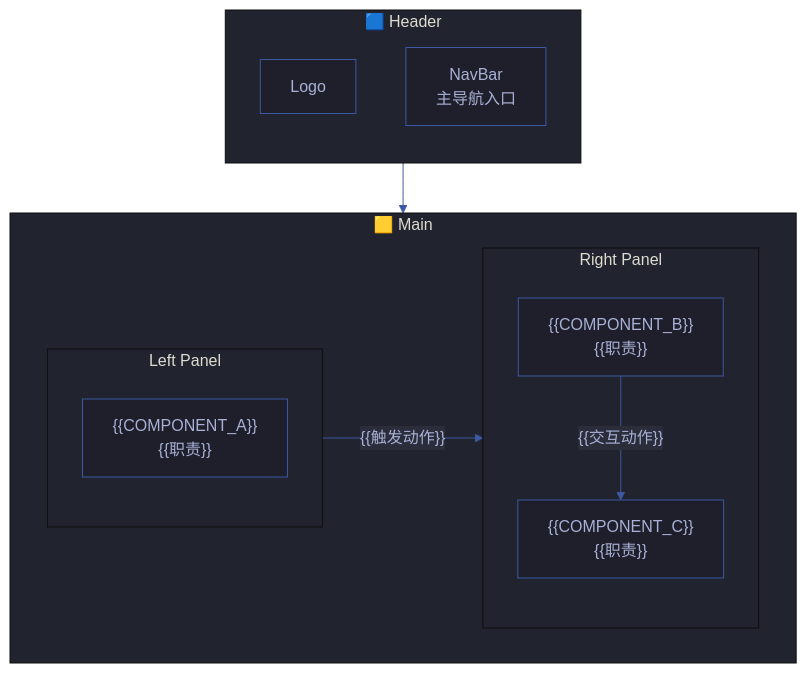
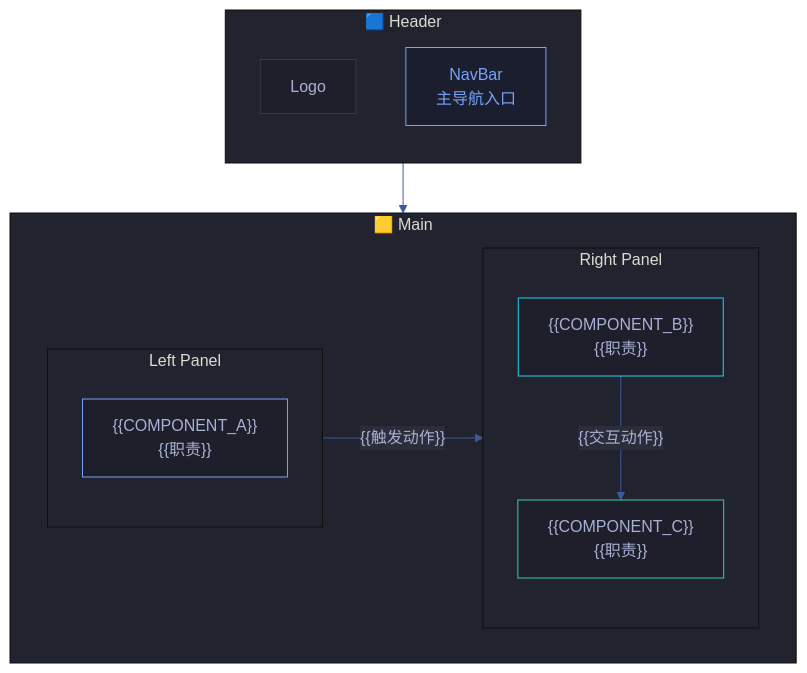
The first of 3 diagrams in templates/故事任务/场景-1-<slug>.md (effiy/YrY), drawn with Mermaid before and after one commit. The commit also changed other lines of this file and 11 other files, not shown here.

````diff
--- a/templates/故事任务/场景-1-<slug>.md
+++ b/templates/故事任务/场景-1-<slug>.md
@@ -31,32 +46,37 @@
 ```mermaid
 %%{init: {'theme': 'base', 'themeVariables': {
   'primaryColor': '#1e1f2b',
   'primaryTextColor': '#a9b1d6',
   'primaryBorderColor': '#3d59a1',
   'lineColor': '#3d59a1',
   'secondaryColor': '#2b2d3b',
   'tertiaryColor': '#21232f'
 }}}%%
 flowchart TB
     subgraph header["🟦 Header"]
         direction TB
         H1["Logo"]:::static
         H2["NavBar\n主导航入口"]:::nav
     end
     subgraph main["🟨 Main"]
-        direction TB
         direction LR
         subgraph left["Left Panel"]
-        direction TB
+            direction TB
             L1["{{COMPONENT_A}}\n{{职责}}"]:::input
         end
         subgraph right["Right Panel"]
-        direction TB
+            direction TB
             R1["{{COMPONENT_B}}\n{{职责}}"]:::display
             R2["{{COMPONENT_C}}\n{{职责}}"]:::action
         end
     end
     header --> main
     L1 -->|"{{触发动作}}"| R1
     R1 -->|"{{交互动作}}"| R2
+
+    classDef static fill:#1e1f2b,stroke:#373949,color:#a9b1d6
+    classDef nav fill:#1b1e2e,stroke:#7aa2f7,color:#7aa2f7
+    classDef input fill:#1e1f2b,stroke:#7aa2f7,color:#a9b1d6
+    classDef display fill:#1e1f2b,stroke:#22d3ee,color:#a9b1d6
+    classDef action fill:#1e1f2b,stroke:#34d399,color:#a9b1d6
 ```
````
